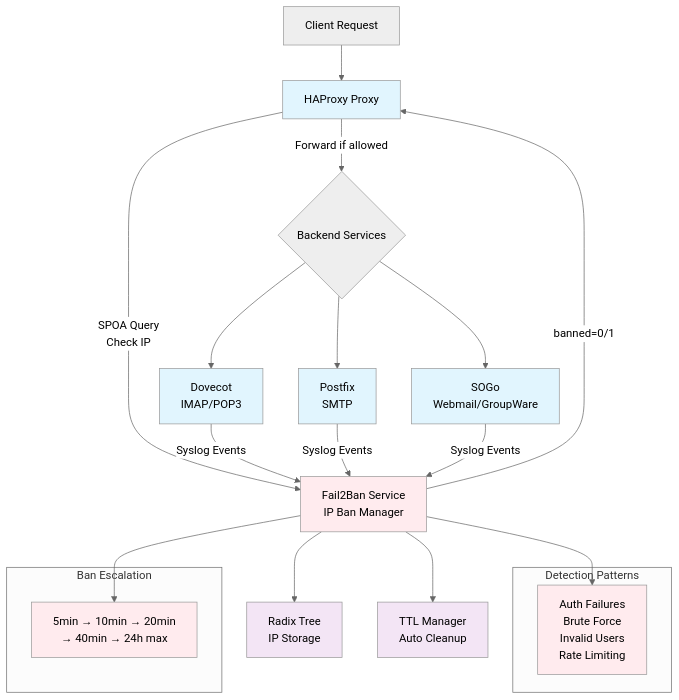
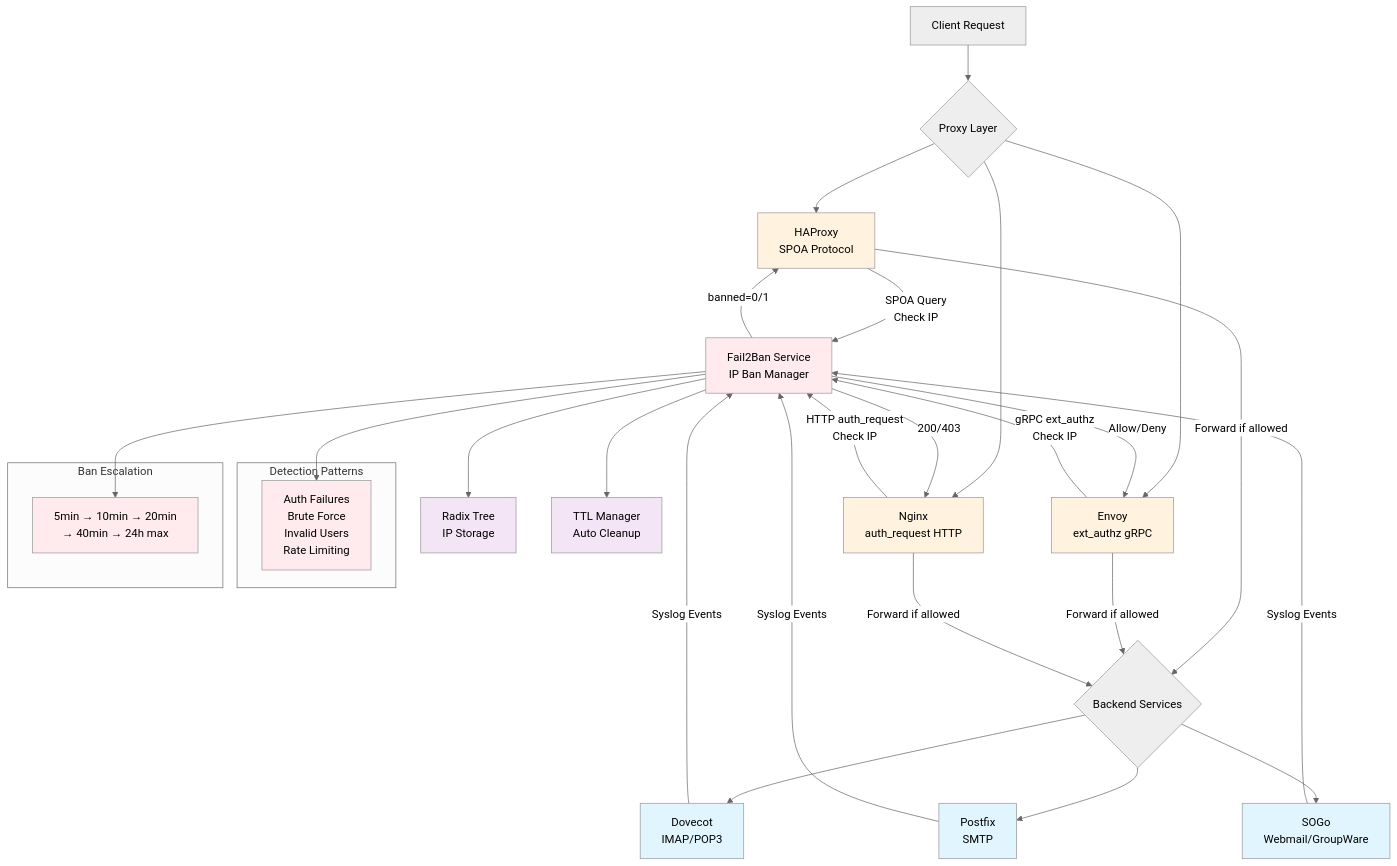
The diagram in README.md (CaboneMailServer/WebFail2Ban), drawn with Mermaid (neutral theme) before and after one commit. The commit also changed other lines of this file and 16 other files, not shown here.

Commit message:
add nginx/envoy support factorisation of the test

````diff
--- a/README.md
+++ b/README.md
@@ -20,39 +25,53 @@
 ```mermaid
 flowchart TB
-    Client[Client Request] --> HAProxy[HAProxy Proxy]
+    Client[Client Request] --> Proxy{Proxy Layer}
+
+    Proxy --> HAProxy[HAProxy<br/>SPOA Protocol]
+    Proxy --> Envoy[Envoy<br/>ext_authz gRPC]
+    Proxy --> Nginx[Nginx<br/>auth_request HTTP]
 
     HAProxy -->|SPOA Query<br/>Check IP| Fail2Ban[Fail2Ban Service<br/>IP Ban Manager]
+    Envoy -->|gRPC ext_authz<br/>Check IP| Fail2Ban
+    Nginx -->|HTTP auth_request<br/>Check IP| Fail2Ban
+
     Fail2Ban -->|banned=0/1| HAProxy
+    Fail2Ban -->|Allow/Deny| Envoy
+    Fail2Ban -->|200/403| Nginx
 
     HAProxy -->|Forward if allowed| Backend{Backend Services}
+    Envoy -->|Forward if allowed| Backend
+    Nginx -->|Forward if allowed| Backend
+
     Backend --> Dovecot[Dovecot<br/>IMAP/POP3]
     Backend --> Postfix[Postfix<br/>SMTP]
     Backend --> SOGo[SOGo<br/>Webmail/GroupWare]
 
     Dovecot -->|Syslog Events| Fail2Ban
     Postfix -->|Syslog Events| Fail2Ban
     SOGo -->|Syslog Events| Fail2Ban
 
     Fail2Ban --> RadixTree[Radix Tree<br/>IP Storage]
     Fail2Ban --> TTLManager[TTL Manager<br/>Auto Cleanup]
 
     subgraph "Detection Patterns"
         Patterns[Auth Failures<br/>Brute Force<br/>Invalid Users<br/>Rate Limiting]
     end
 
     Fail2Ban --> Patterns
 
     subgraph "Ban Escalation"
         Escalation[5min → 10min → 20min<br/>→ 40min → 24h max]
     end
 
     Fail2Ban --> Escalation
 
     classDef service fill:#e1f5fe
     classDef security fill:#ffebee
     classDef storage fill:#f3e5f5
+    classDef proxy fill:#fff3e0
 
-    class Dovecot,Postfix,SOGo,HAProxy service
+    class Dovecot,Postfix,SOGo service
+    class HAProxy,Envoy,Nginx proxy
     class Fail2Ban,Patterns,Escalation security
     class RadixTree,TTLManager storage
 ```
````
